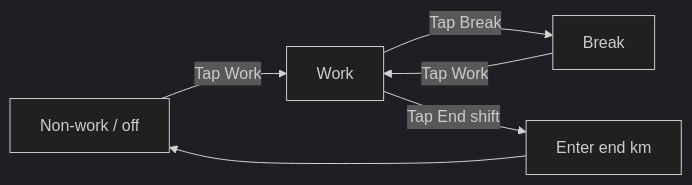
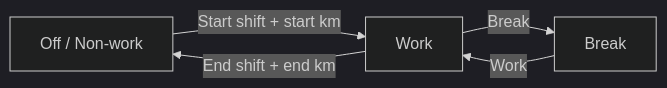
The diagram in app-next/docs/user-guides/driver-ui-guide-esl.md (Rod-Shehan/fatigue-app-latest), drawn with Mermaid (dark theme) before and after one commit. The commit also changed other lines of this file and 8 other files, not shown here.

````diff
--- a/app-next/docs/user-guides/driver-ui-guide-esl.md
+++ b/app-next/docs/user-guides/driver-ui-guide-esl.md
@@ -87,8 +69,7 @@
 ```mermaid
 flowchart LR
-  A[Non-work / off] -->|Tap Work| B[Work]
-  B -->|Tap Break| C[Break]
-  C -->|Tap Work| B
-  B -->|Tap End shift| D[Enter end km]
-  D --> A
+  A[Off / Non-work] -->|Start shift + start km| B[Work]
+  B -->|Break| C[Break]
+  C -->|Work| B
+  B -->|End shift + end km| A
 ```
````
